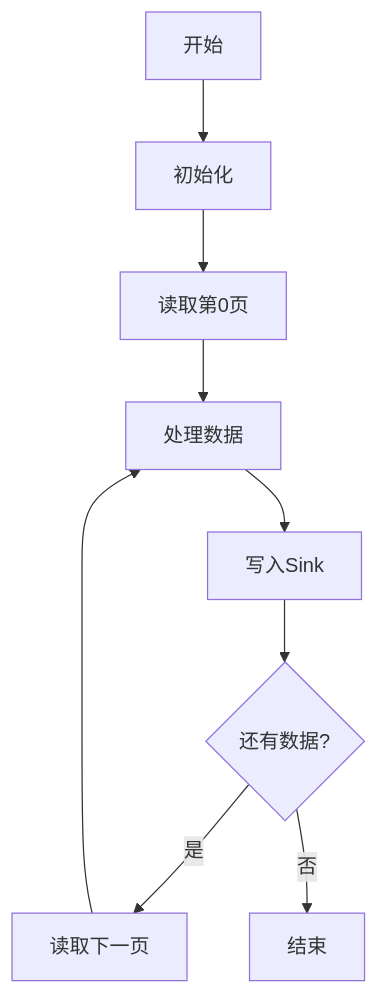
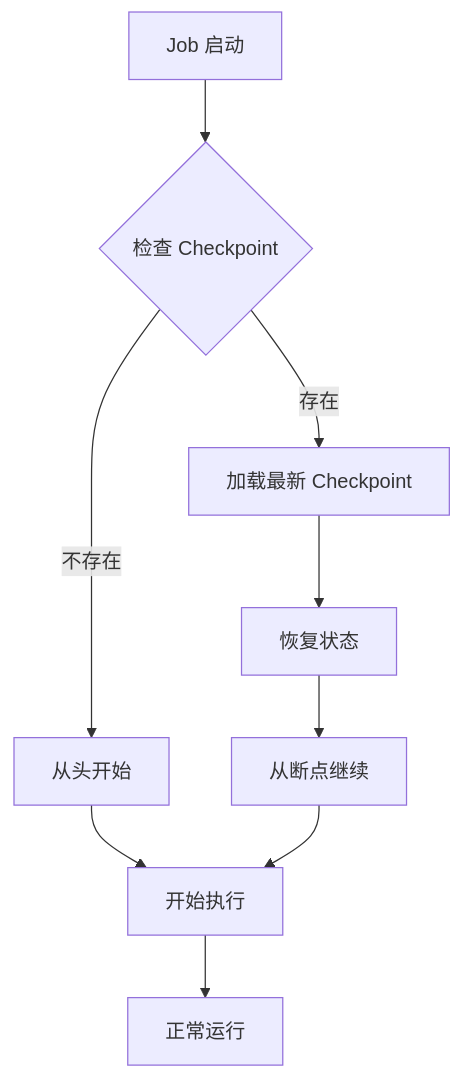
Diagram 14 of 16 in pipeline-framework-design.md (312268112/advanced-java), drawn with Mermaid before and after one commit. The commit also changed other lines of this file, not shown here.

````diff
--- a/pipeline-framework-design.md
+++ b/pipeline-framework-design.md
@@ -535,14 +1206,15 @@
 ```mermaid
 graph TB
-    Start[开始] --> Init[初始化]
-    Init --> Page0[读取第0页]
+    Start[Job 启动] --> Check{检查 Checkpoint}
     
-    Page0 --> Process0[处理数据]
-    Process0 --> Write0[写入Sink]
+    Check -->|存在| Load[加载最新 Checkpoint]
+    Check -->|不存在| Init[从头开始]
     
-    Write0 --> CheckMore{还有数据?}
-    CheckMore -->|是| NextPage[读取下一页]
-    CheckMore -->|否| End[结束]
+    Load --> Restore[恢复状态]
+    Restore --> Resume[从断点继续]
     
-    NextPage --> Process0
+    Init --> Run[开始执行]
+    Resume --> Run
+    
+    Run --> Normal[正常运行]
 ```
````
